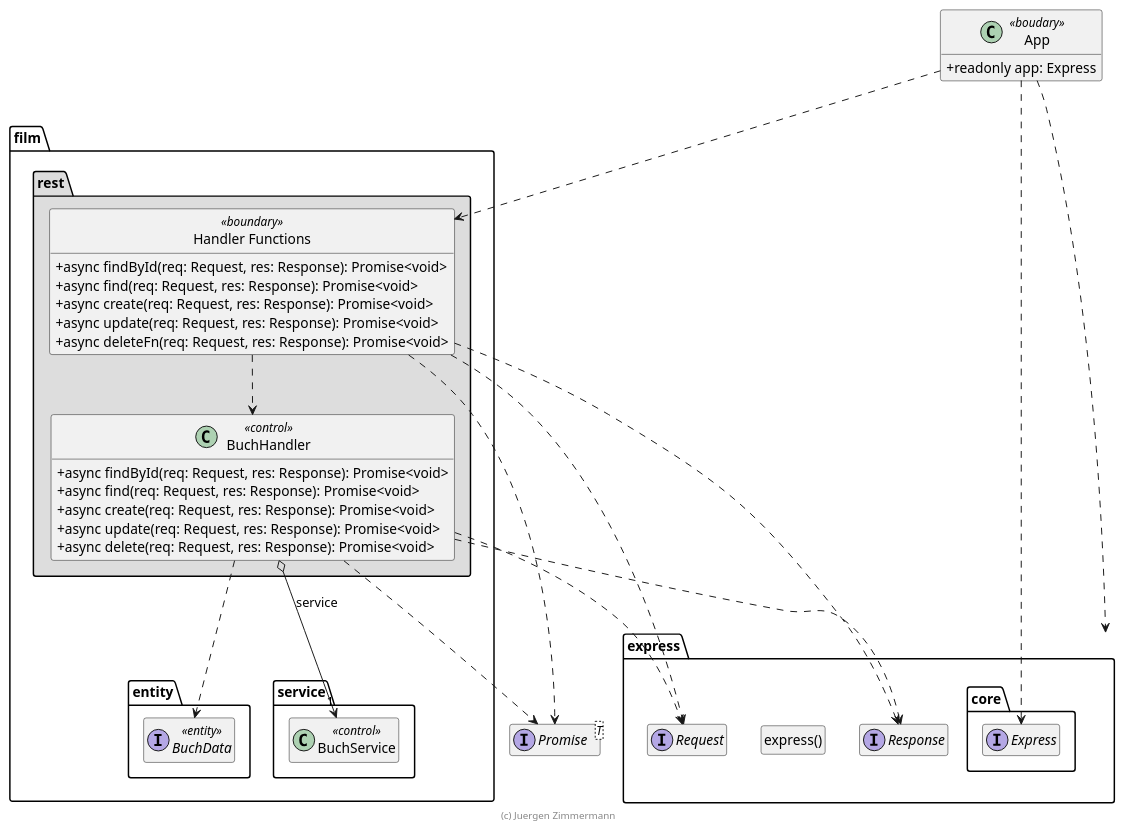
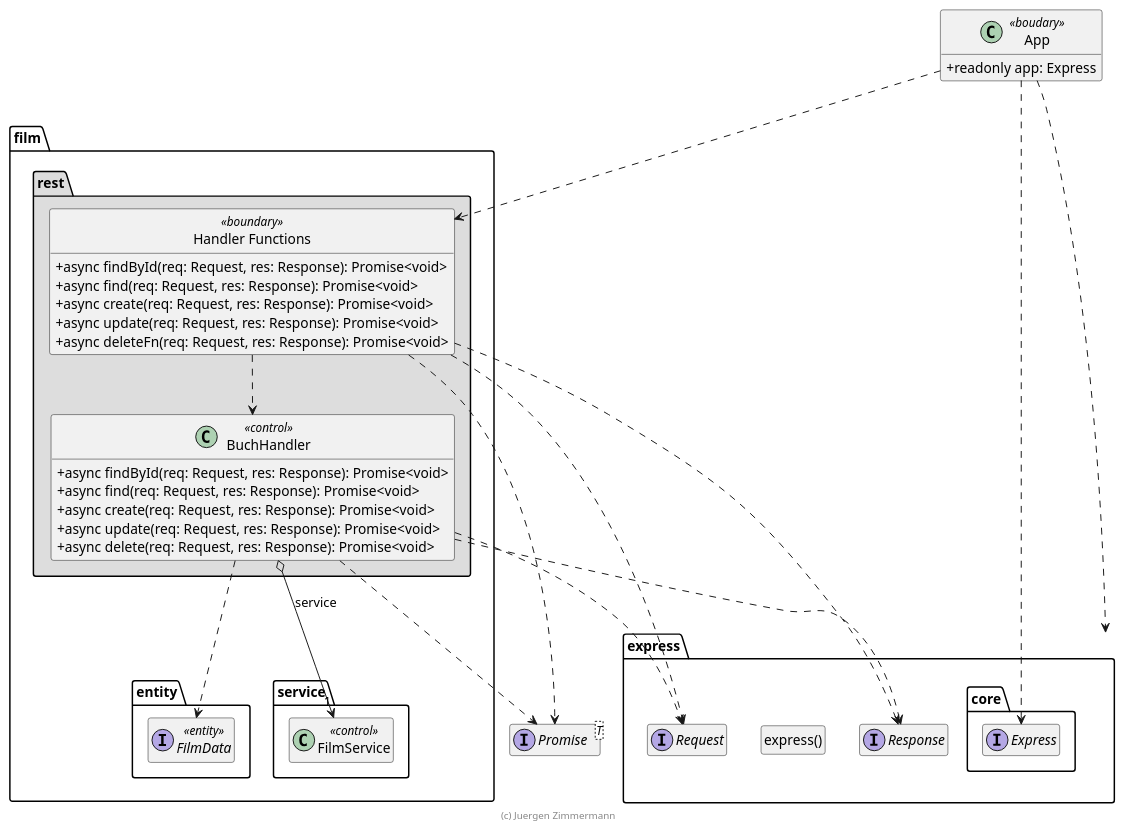
Before and after one commit to marcelmaerdian/SWE_WS2020: the diagram in doc/entwicklerhandbuch/FilmHandler.puml, drawn with PlantUML. The commit also changed 24 other files, not shown here.

```diff
--- a/doc/entwicklerhandbuch/FilmHandler.puml
+++ b/doc/entwicklerhandbuch/FilmHandler.puml
@@ -15,75 +15,75 @@
 @startuml Handler-Funktionen und Handler-Klasse
 
 !pragma useNewPackage
 skinparam classAttributeIconSize 0
 skinparam componentStyle uml2
 
 interface Promise<T>
 
 package express {
   package core {
     interface Express
   }
 
   class "express()" as express
   hide express circle
 
   interface Request
   interface Response
 }
 
 class App <<boudary>> {
   + readonly app: Express
 }
 App ..> Express
 App ..> express
 
 package film {
   package entity {
-    interface BuchData <<entity>> {
+    interface FilmData <<entity>> {
     }
   }
 
   package service {
-    class BuchService << control >> {
+    class FilmService << control >> {
     }
   }
 
   package rest #DDDDDD {
     "Handler Functions" .right.> Request
     "Handler Functions" ..> Response
     "Handler Functions" ..> Promise
     "Handler Functions" ..> BuchHandler
 
-    BuchHandler o--> "1" BuchService : service
+    BuchHandler o--> "1" FilmService : service
     BuchHandler .right.> Request
     BuchHandler ..> Response
-    BuchHandler ..> BuchData
+    BuchHandler ..> FilmData
     BuchHandler ..> Promise
 
     class "Handler Functions" << boundary >> {
       + async findById(req: Request, res: Response): Promise<void>
       + async find(req: Request, res: Response): Promise<void>
       + async create(req: Request, res: Response): Promise<void>
       + async update(req: Request, res: Response): Promise<void>
       + async deleteFn(req: Request, res: Response): Promise<void>
     }
     hide "Handler Functions" << boundary >> circle
 
     class BuchHandler << control >> {
       + async findById(req: Request, res: Response): Promise<void>
       + async find(req: Request, res: Response): Promise<void>
       + async create(req: Request, res: Response): Promise<void>
       + async update(req: Request, res: Response): Promise<void>
       + async delete(req: Request, res: Response): Promise<void>
     }
   }
 }
 
 App ..> "Handler Functions"
 
 hide empty members
 
 footer (c) Juergen Zimmermann
 
 @enduml
```
